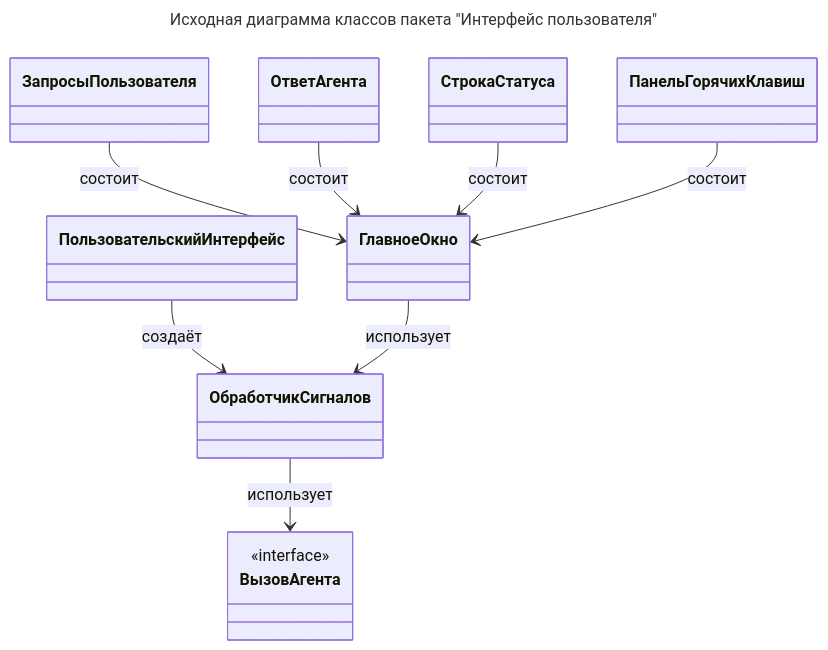
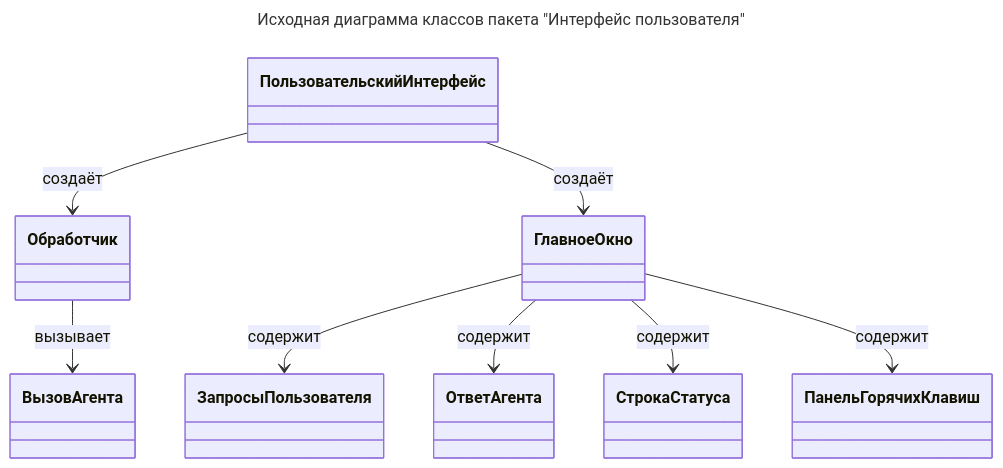
Before and after one commit to CHSU-scenarAIst/diagrammy: the diagram in Пакет Интерфейс пользователя/1. Исходная диаграмма классов.md, drawn with Mermaid. The commit also changed other lines of this file and 13 other files, not shown here.

````diff
--- a/Пакет Интерфейс пользователя/1. Исходная диаграмма классов.md
+++ b/Пакет Интерфейс пользователя/1. Исходная диаграмма классов.md
@@ -14,18 +10,14 @@
 ```mermaid
 ---
 title: Исходная диаграмма классов пакета "Интерфейс пользователя"
 ---
 classDiagram
-    ПользовательскийИнтерфейс --> ОбработчикСигналов : создаёт
-    ОбработчикСигналов --> ВызовАгента : использует
-    ГлавноеОкно --> ОбработчикСигналов : использует
-    
-    ЗапросыПользователя --> ГлавноеОкно : состоит
-    ОтветАгента --> ГлавноеОкно : состоит
-    СтрокаСтатуса --> ГлавноеОкно : состоит
-    ПанельГорячихКлавиш --> ГлавноеОкно : состоит
+    ПользовательскийИнтерфейс --> Обработчик : создаёт
+    ПользовательскийИнтерфейс --> ГлавноеОкно : создаёт
+    Обработчик --> ВызовАгента : вызывает
 
-    class ВызовАгента {
-        <<interface>>
-    }
+    ГлавноеОкно --> ЗапросыПользователя : содержит
+    ГлавноеОкно --> ОтветАгента : содержит
+    ГлавноеОкно --> СтрокаСтатуса : содержит
+    ГлавноеОкно --> ПанельГорячихКлавиш : содержит
 ```
````
